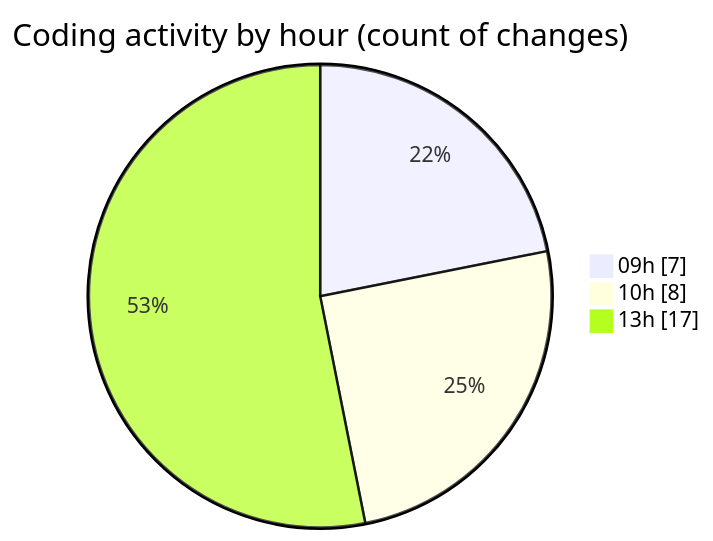
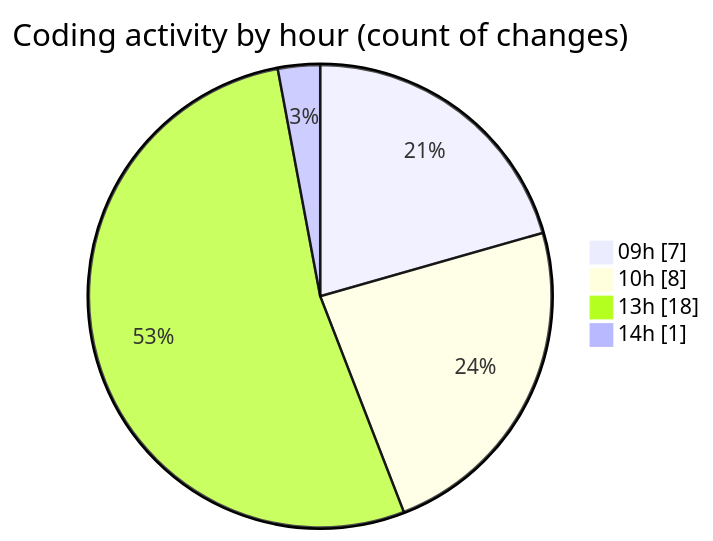
The second of 2 diagrams in 2025-11-07/cda/README.md (momahboobian/code-tracking), drawn with Mermaid before and after one commit. The commit also changed other lines of this file and 1 other file, not shown here.

````diff
--- a/2025-11-07/cda/README.md
+++ b/2025-11-07/cda/README.md
@@ -38,7 +38,8 @@
 ```mermaid
 pie showData
 title Coding activity by hour (count of changes)
 "09h" : 7
 "10h" : 8
-"13h" : 17
+"13h" : 18
+"14h" : 1
 ```
````
